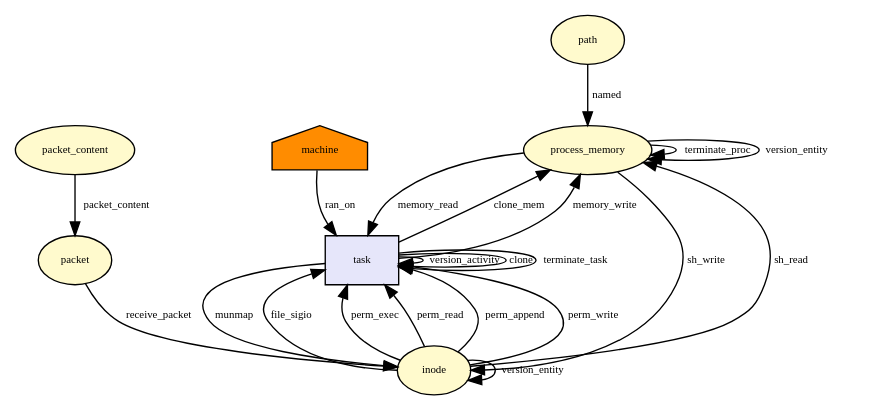
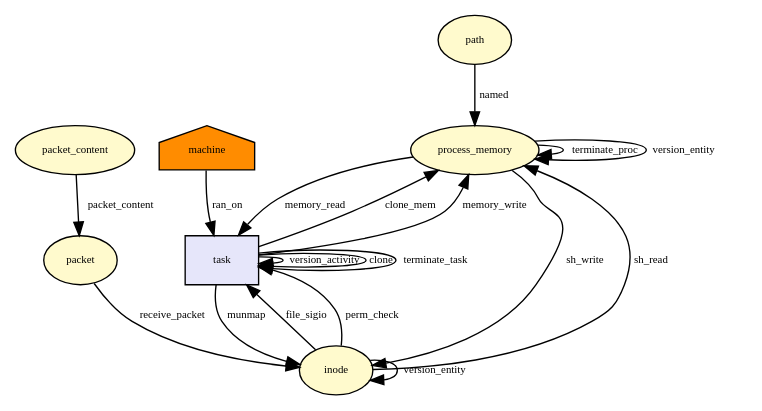
The diagram in docs/dot/__x64_sys_clone.dot (CamFlow/camflow-dev), drawn with Graphviz before and after one commit. The commit also changed 140 other files, not shown here.

Commit message:
RL_PERM_READ,  RL_PERM_WRITE, RL_PERM_EXEC, RL_PERM_APPEND  -> RL_PERM

```diff
--- a/docs/dot/__x64_sys_clone.dot
+++ b/docs/dot/__x64_sys_clone.dot
@@ -1,57 +1,51 @@
 digraph RGL__DirectedAdjacencyGraph {process_memory[fontsize = 8,label = process_memory,shape = ellipse, fillcolor="#fffacd", style = filled]
 
 process_memory -> process_memory[fontsize = 8,label = terminate_proc]
 
 task[fontsize = 8,label = task,shape = rectangle, fillcolor="#e6e6fa", style = filled]
 
 process_memory -> task[fontsize = 8,label = memory_read]
 
 task -> process_memory[fontsize = 8,label = clone_mem]
 
 task -> task[fontsize = 8,label = version_activity]
 
 process_memory -> process_memory[fontsize = 8,label = version_entity]
 
 inode[fontsize = 8,label = inode,shape = ellipse, fillcolor="#fffacd", style = filled]
 
 inode -> process_memory[fontsize = 8,label = sh_read]
 
 inode -> task[fontsize = 8,label = file_sigio]
 
 task -> process_memory[fontsize = 8,label = memory_write]
 
 process_memory -> inode[fontsize = 8,label = sh_write]
 
 inode -> inode[fontsize = 8,label = version_entity]
 
 path[fontsize = 8,label = path,shape = ellipse, fillcolor="#fffacd", style = filled]
 
 path -> process_memory[fontsize = 8,label = named]
 
 machine[fontsize = 8,label = machine,shape = house, fillcolor="#ff8c00", style = filled]
 
 machine -> task[fontsize = 8,label = ran_on]
 
-inode -> task[fontsize = 8,label = perm_exec]
-
-inode -> task[fontsize = 8,label = perm_read]
-
-inode -> task[fontsize = 8,label = perm_append]
-
-inode -> task[fontsize = 8,label = perm_write]
+inode -> task[fontsize = 8,label = perm_check]
 
 task -> inode[fontsize = 8,label = munmap]
 
 packet_content[fontsize = 8,label = packet_content,shape = ellipse, fillcolor="#fffacd", style = filled]
 
 packet[fontsize = 8,label = packet,shape = ellipse, fillcolor="#fffacd", style = filled]
 
 packet_content -> packet[fontsize = 8,label = packet_content]
 
 packet -> inode[fontsize = 8,label = receive_packet]
 
 task -> task[fontsize = 8,label = clone]
 
 task -> task[fontsize = 8,label = terminate_task]
 
 }
```
